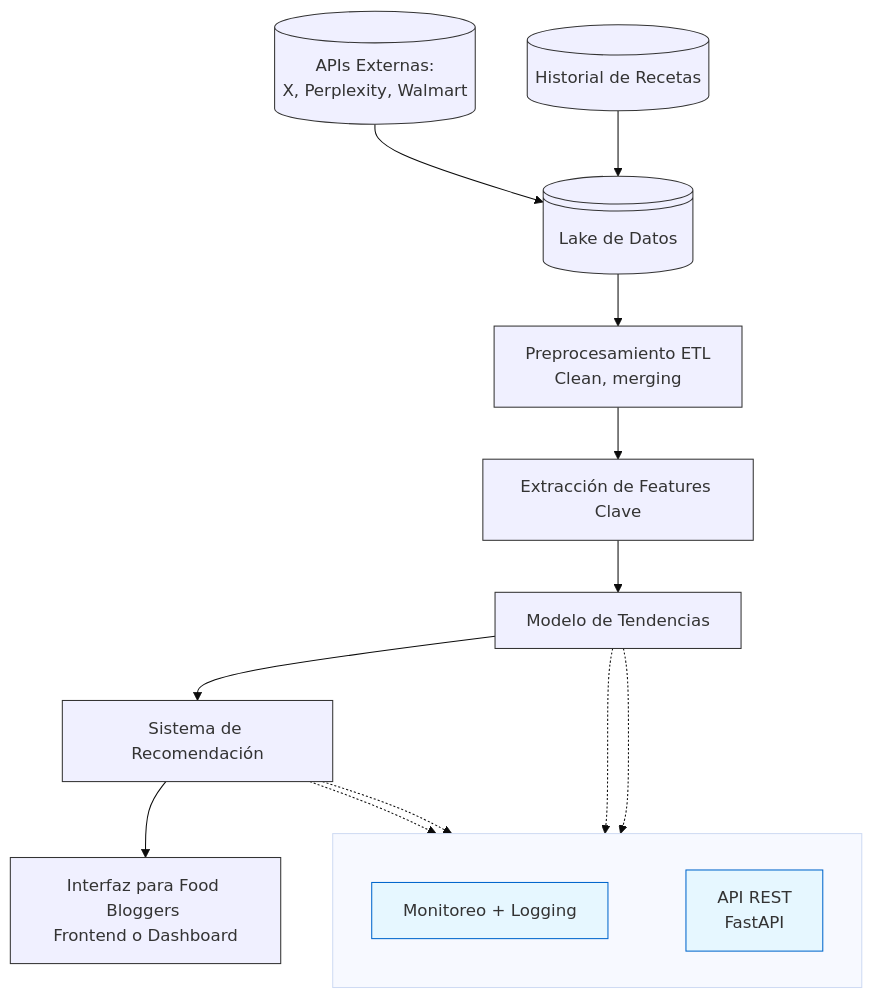
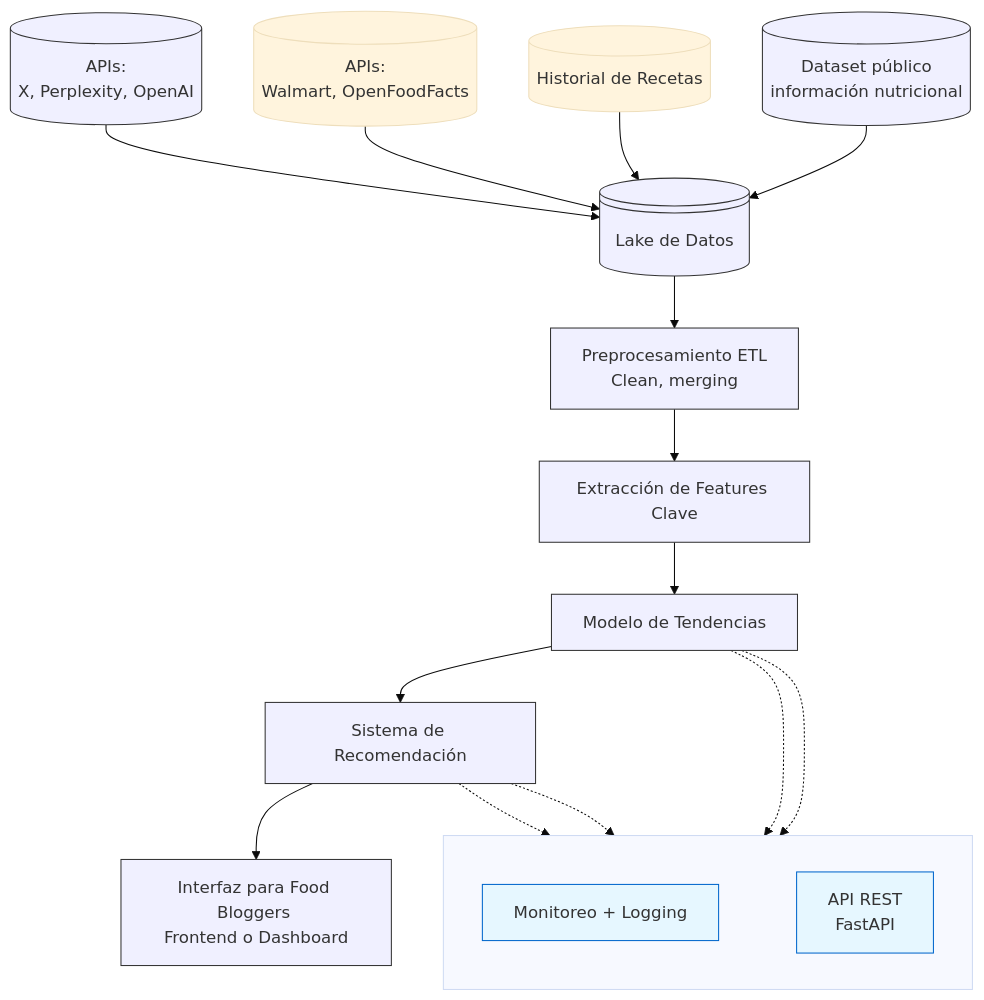
The diagram in solution.md (alejomd17/food-bloggers-challenge), drawn with Mermaid (base theme) before and after one commit.

````diff
--- a/solution.md
+++ b/solution.md
@@ -13,29 +13,31 @@
 ```mermaid
 flowchart  TD
     %% --- Flujo Central Vertical ---
-    A[(APIs Externas:<br>X, Perplexity, Walmart)] --> B@{ shape: lin-cyl, label: "Lake de Datos" }
-    C[(Historial de Recetas)] --> B
+    A[(APIs:<br>X, Perplexity, OpenAI)] --> B@{ shape: lin-cyl, label: "Lake de Datos" }
+    P[(APIs:<br> Walmart, OpenFoodFacts)] --> B
+    T[(Historial de Recetas)] --> B
+    C[(Dataset público<br> información nutricional)] --> B
     B --> D[Preprocesamiento ETL<br>Clean, merging]
     D --> E[Extracción de Features Clave]
     E --> F[Modelo de Tendencias]
     F --> H[Sistema de Recomendación]
     H --> J[Interfaz para Food Bloggers <br>Frontend o Dashboard]
 
     %% --- Conexiones Laterales Simétricas ---
     F -.-> G[Monitoreo + Logging]
     H -.-> G[Monitoreo + Logging]
     F -.-> I[API REST<br>FastAPI]
     H -.-> I[API REST<br>FastAPI] 
 
     %% --- Alineación Horizontal ---
     subgraph " "
         direction LR
         G ~~~ I
     end
 
     %% --- Estilos ---
     classDef center fill:#f0f0ff,stroke:#333;
     classDef leftRight fill:#e6f7ff,stroke:#0066cc;
     class A,B,C,D,E,F,H,J center;
     class I,G leftRight;
 ```
````
